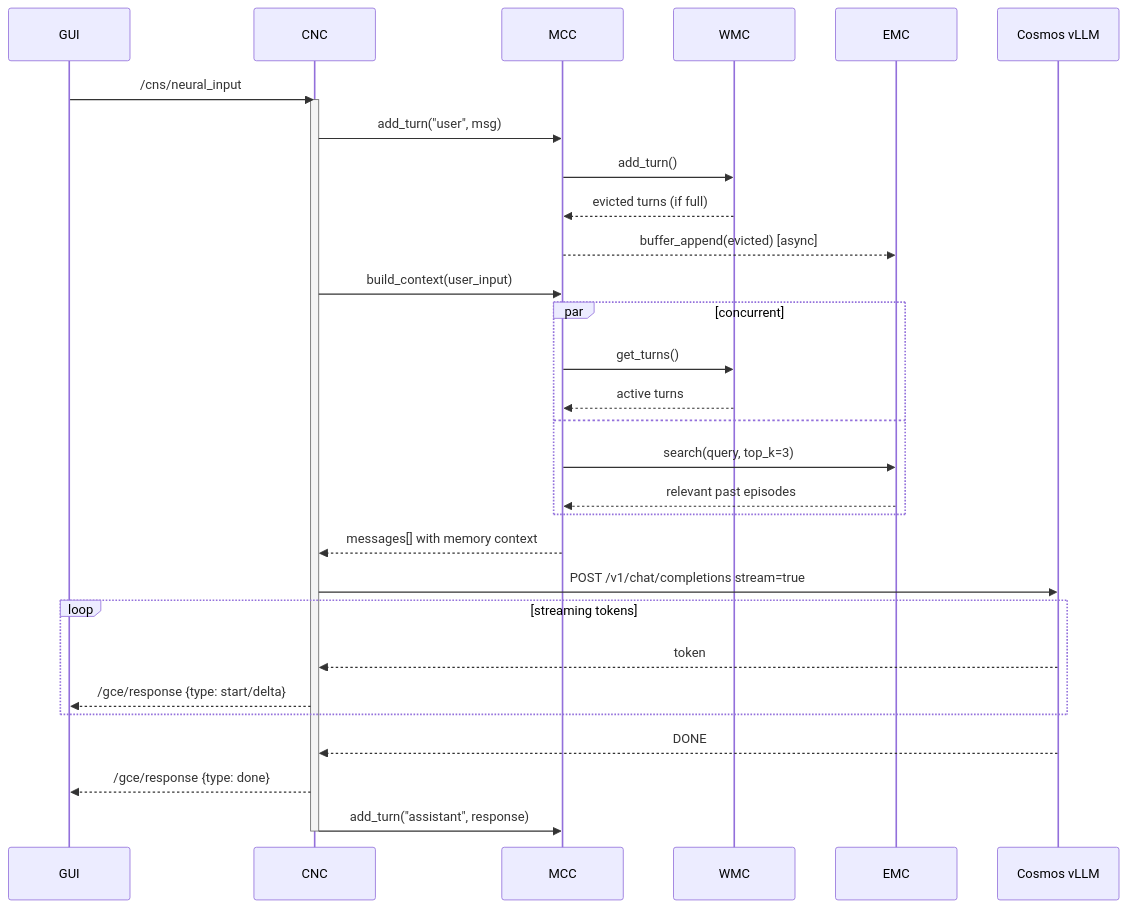
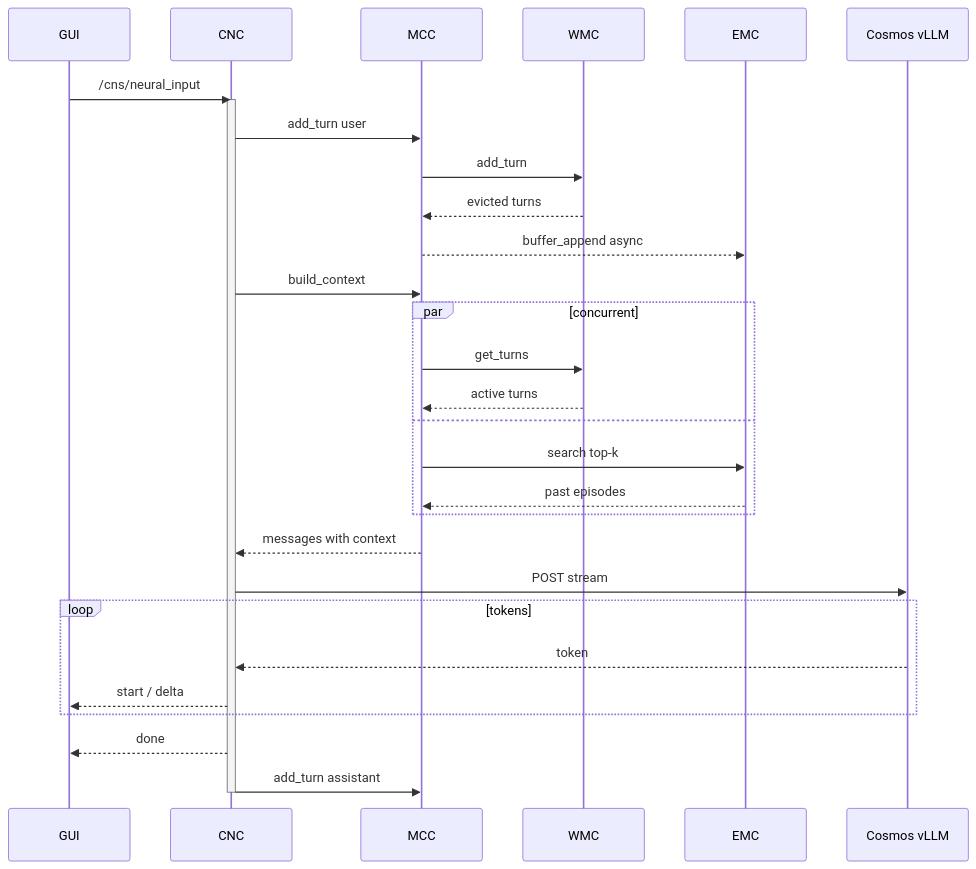
Before and after one commit to OppaAI/AGi: the second of 2 diagrams in README.md, drawn with Mermaid. The commit also changed other lines of this file, not shown here.

Commit message:
Update README.md - add badges and update roadmap

````diff
--- a/README.md
+++ b/README.md
@@ -120,38 +143,37 @@
 ```mermaid
 sequenceDiagram
-    participant GUI as GUI
-    participant CNC as CNC
-    participant MCC as MCC
-    participant WMC as WMC
-    participant EMC as EMC
+    participant GUI
+    participant CNC
+    participant MCC
+    participant WMC
+    participant EMC
     participant COSMOS as Cosmos vLLM
 
     GUI->>CNC: /cns/neural_input
     activate CNC
 
-    CNC->>MCC: add_turn("user", msg)
-    MCC->>WMC: add_turn()
-    WMC-->>MCC: evicted turns (if full)
-    MCC-->>EMC: buffer_append(evicted) [async]
+    CNC->>MCC: add_turn user
+    MCC->>WMC: add_turn
+    WMC-->>MCC: evicted turns
+    MCC-->>EMC: buffer_append async
 
-    CNC->>MCC: build_context(user_input)
+    CNC->>MCC: build_context
     par concurrent
-        MCC->>WMC: get_turns()
+        MCC->>WMC: get_turns
         WMC-->>MCC: active turns
     and
-        MCC->>EMC: search(query, top_k=3)
-        EMC-->>MCC: relevant past episodes
+        MCC->>EMC: search top-k
+        EMC-->>MCC: past episodes
     end
-    MCC-->>CNC: messages[] with memory context
+    MCC-->>CNC: messages with context
 
-    CNC->>COSMOS: POST /v1/chat/completions stream=true
-    loop streaming tokens
+    CNC->>COSMOS: POST stream
+    loop tokens
         COSMOS-->>CNC: token
-        CNC-->>GUI: /gce/response {type: start/delta}
+        CNC-->>GUI: start / delta
     end
-    COSMOS-->>CNC: DONE
-    CNC-->>GUI: /gce/response {type: done}
+    CNC-->>GUI: done
 
-    CNC->>MCC: add_turn("assistant", response)
+    CNC->>MCC: add_turn assistant
     deactivate CNC
 ```
````
